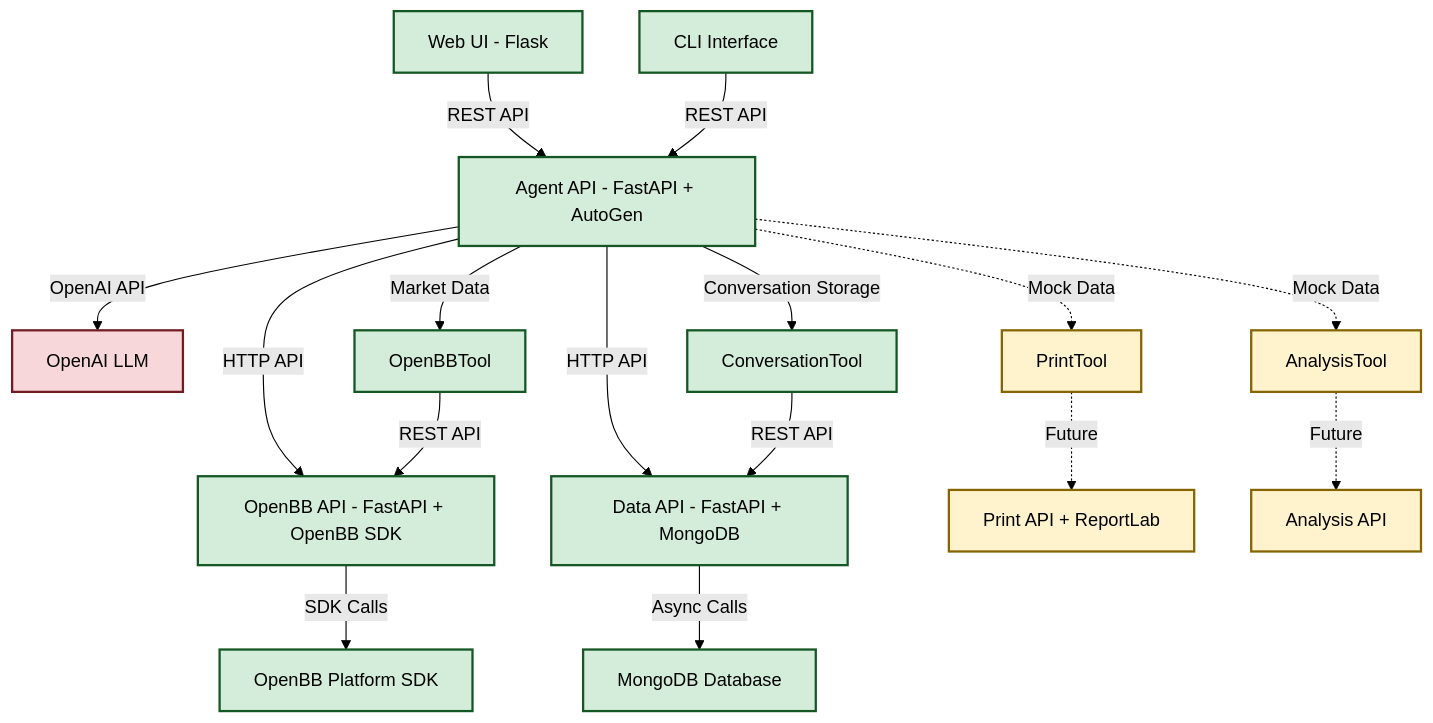
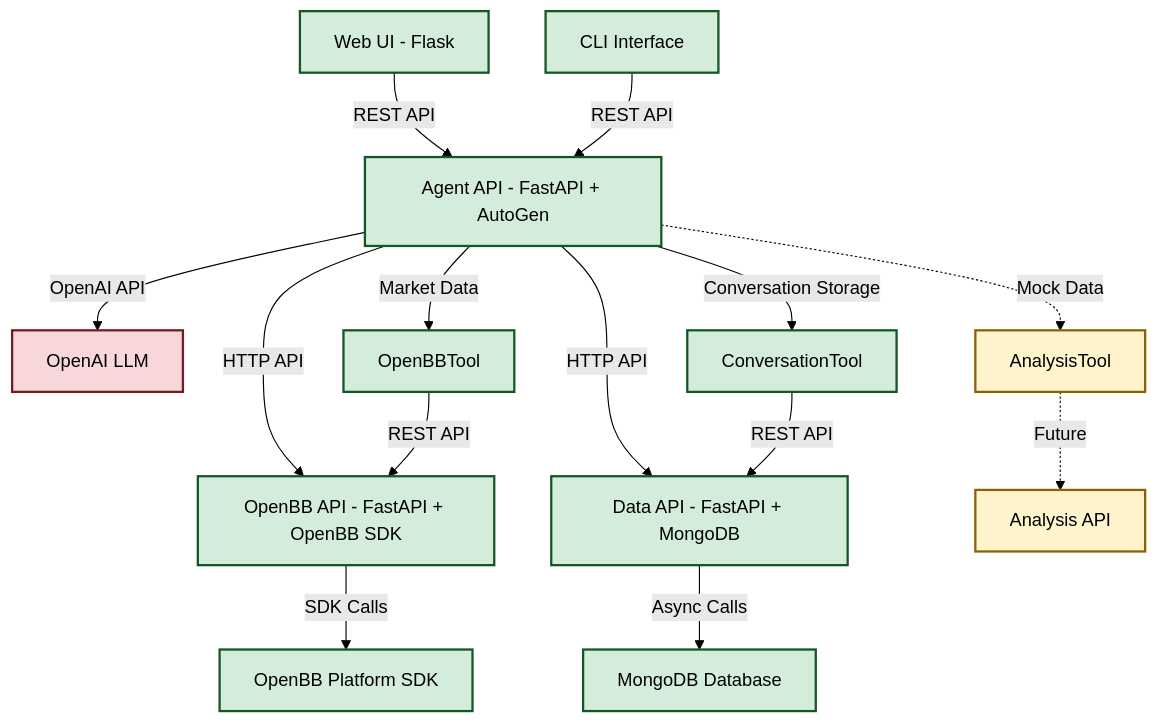
Before and after one commit to axler8r/InvestRCompose: the diagram in docs/architecture.md, drawn with Mermaid (forest theme). The commit also changed other lines of this file, not shown here.

First line of the commit message:
doc: update architecture documentation after print removal

````diff
--- a/docs/architecture.md
+++ b/docs/architecture.md
@@ -130,41 +118,39 @@
 ```mermaid
 flowchart TD
     A[Web UI - Flask]
     B[Agent API - FastAPI + AutoGen]
     C[CLI Interface]
     O[OpenBB API - FastAPI + OpenBB SDK]
     D[Data API - FastAPI + MongoDB]
 
     %% Current Implementation (Solid lines)
     A -->|REST API| B
     C -->|REST API| B
     B -->|OpenAI API| G[OpenAI LLM]
     B -->|HTTP API| O
     B -->|HTTP API| D
 
     %% Agent Tools (Simplified Architecture)
     B -->|Conversation Storage| T2[ConversationTool]
     B -->|Market Data| T3[OpenBBTool]
-    B -.->|Mock Data| T5[PrintTool]
     B -.->|Mock Data| T6[AnalysisTool]
 
     %% Service Integration (Solid lines)
     T2 -->|REST API| D
     T3 -->|REST API| O
     O -->|SDK Calls| OBB[OpenBB Platform SDK]
     D -->|Async Calls| MongoDB[MongoDB Database]
 
     %% Future Services (Dotted lines)
-    T5 -.->|Future| P[Print API + ReportLab]
     T6 -.->|Future| An[Analysis API]
 
     %% Styling
     classDef implemented fill:#d4edda,stroke:#155724,stroke-width:2px
     classDef planned fill:#fff3cd,stroke:#856404,stroke-width:2px
     classDef external fill:#f8d7da,stroke:#721c24,stroke-width:2px
 
     class A,B,C,O,T2,T3,D,OBB,MongoDB implemented
     class T5,T6 planned
     class P,An planned
     class G external
 ```
````
